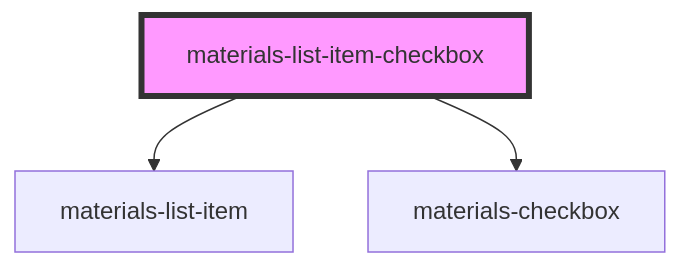
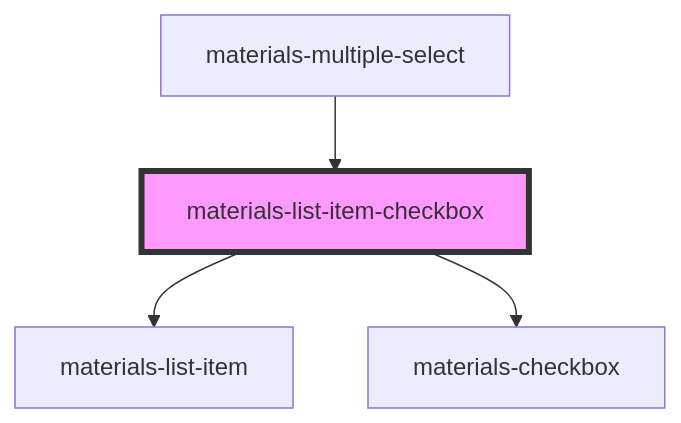
Before and after one commit to GMV-centravet/materials-elements: the diagram in packages/materials/src/components/list-item-checkbox/readme.md, drawn with Mermaid. The commit also changed other lines of this file and 6 other files, not shown here.

````diff
--- a/packages/materials/src/components/list-item-checkbox/readme.md
+++ b/packages/materials/src/components/list-item-checkbox/readme.md
@@ -39,6 +43,7 @@
 ```mermaid
 graph TD;
   materials-list-item-checkbox --> materials-list-item
   materials-list-item-checkbox --> materials-checkbox
+  materials-multiple-select --> materials-list-item-checkbox
   style materials-list-item-checkbox fill:#f9f,stroke:#333,stroke-width:4px
 ```
````
